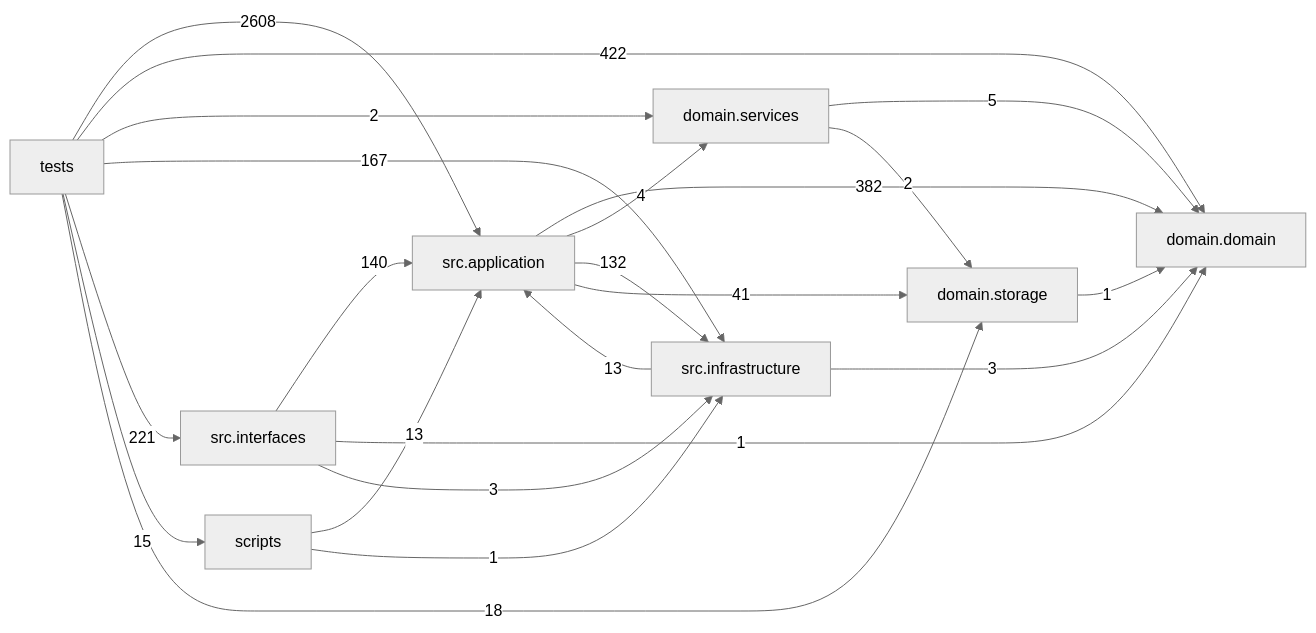
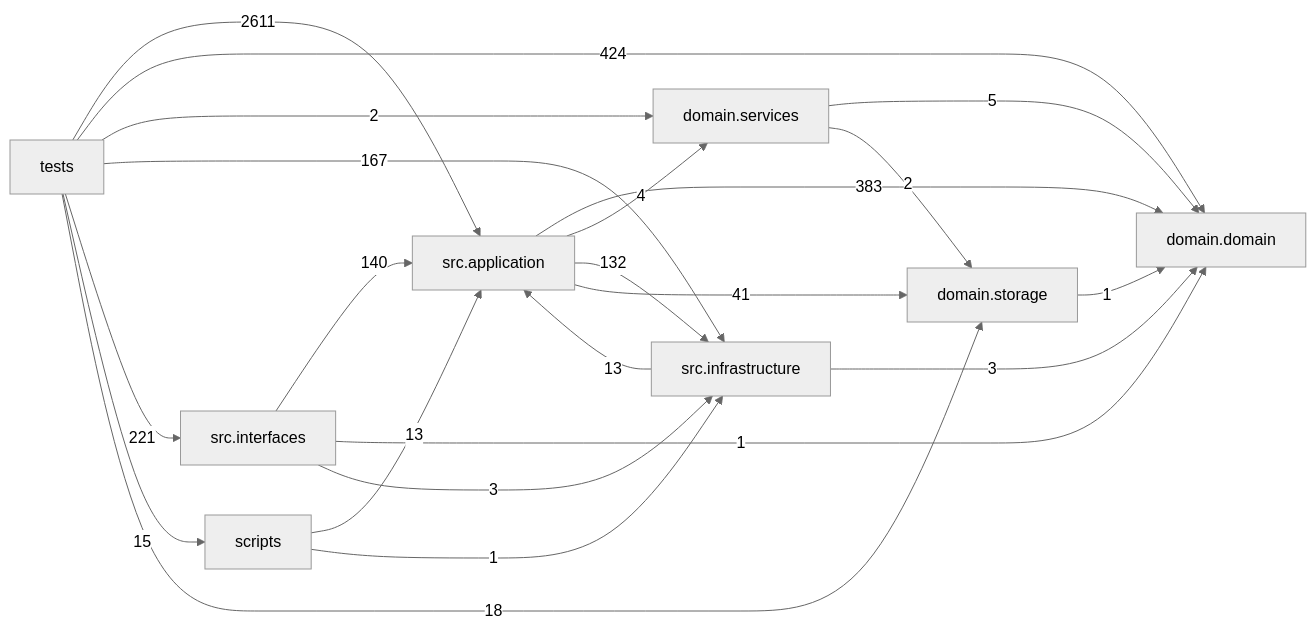
Before and after one commit to liuxie066/options-monitor: the diagram in docs/DEPENDENCY_GRAPH.md, drawn with Mermaid (neutral theme). The commit also changed other lines of this file and 15 other files, not shown here.

````diff
--- a/docs/DEPENDENCY_GRAPH.md
+++ b/docs/DEPENDENCY_GRAPH.md
@@ -24,32 +24,32 @@
 ```mermaid
 flowchart LR
   tests["tests"]
   scripts["scripts"]
   interfaces["src.interfaces"]
   application["src.application"]
   infrastructure["src.infrastructure"]
   domain_services["domain.services"]
   domain["domain.domain"]
   storage["domain.storage"]
-  application -->|382| domain
+  application -->|383| domain
   application -->|4| domain_services
   application -->|132| infrastructure
   application -->|41| storage
   domain_services -->|5| domain
   domain_services -->|2| storage
   infrastructure -->|13| application
   infrastructure -->|3| domain
   interfaces -->|140| application
   interfaces -->|1| domain
   interfaces -->|3| infrastructure
   scripts -->|13| application
   scripts -->|1| infrastructure
   storage -->|1| domain
-  tests -->|2608| application
-  tests -->|422| domain
+  tests -->|2611| application
+  tests -->|424| domain
   tests -->|2| domain_services
   tests -->|167| infrastructure
   tests -->|221| interfaces
   tests -->|15| scripts
   tests -->|18| storage
 ```
````
